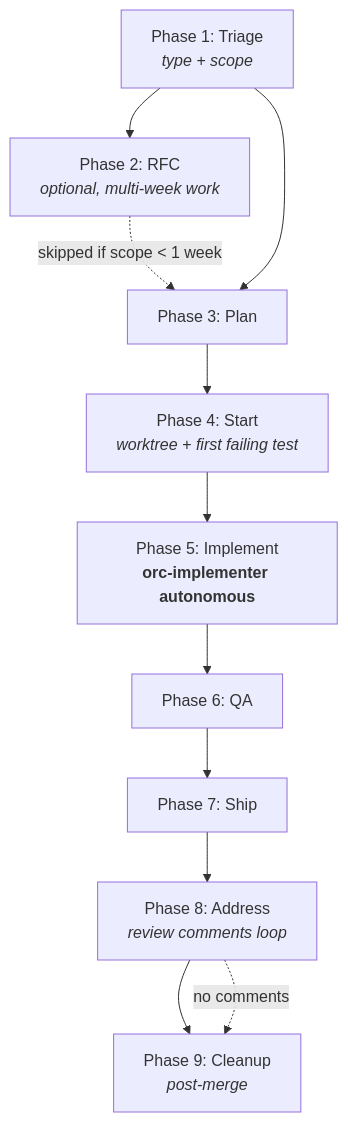
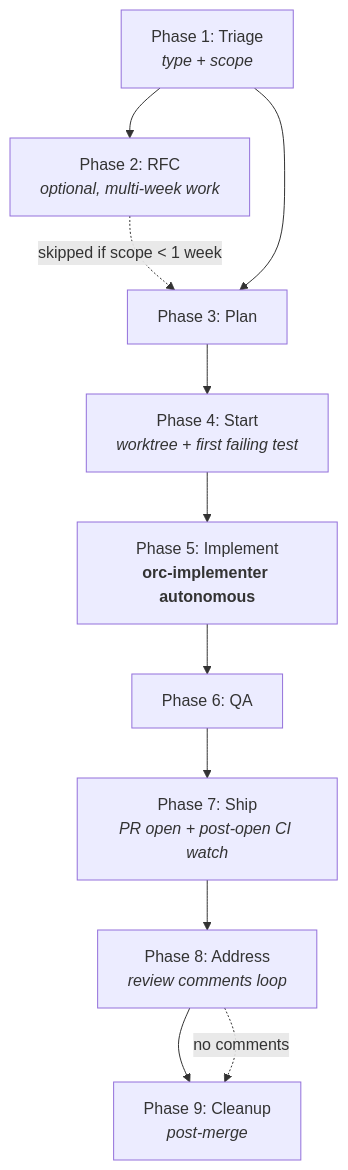
One commit to HigorAlves/orc changed the diagram in examples/00-end-to-end-flow.md. Above: the diagram before and after it, drawn with Mermaid. The commit also changed other lines of this file and 13 other files, not shown here.

````diff
--- a/examples/00-end-to-end-flow.md
+++ b/examples/00-end-to-end-flow.md
@@ -17,17 +17,17 @@
 ```mermaid
 flowchart TD
     triage[Phase 1: Triage<br/><i>type + scope</i>]
     rfc[Phase 2: RFC<br/><i>optional, multi-week work</i>]
     plan[Phase 3: Plan]
     start[Phase 4: Start<br/><i>worktree + first failing test</i>]
     impl[Phase 5: Implement<br/><b>orc-implementer autonomous</b>]
     qa[Phase 6: QA]
-    ship[Phase 7: Ship]
+    ship[Phase 7: Ship<br/><i>PR open + post-open CI watch</i>]
     address[Phase 8: Address<br/><i>review comments loop</i>]
     cleanup[Phase 9: Cleanup<br/><i>post-merge</i>]
 
     triage --> rfc -.skipped if scope < 1 week.-> plan
     triage --> plan
     plan --> start --> impl --> qa --> ship --> address --> cleanup
     address -.no comments.-> cleanup
 ```
````
